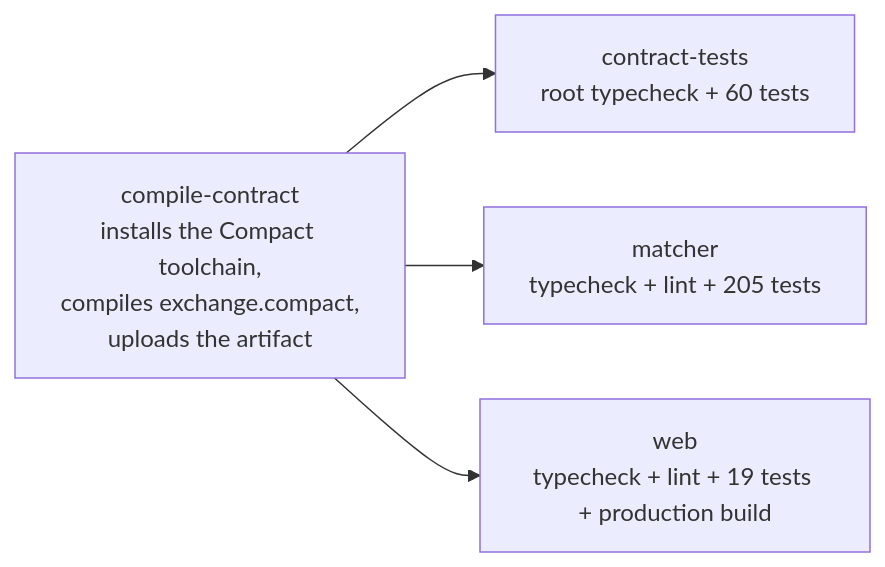
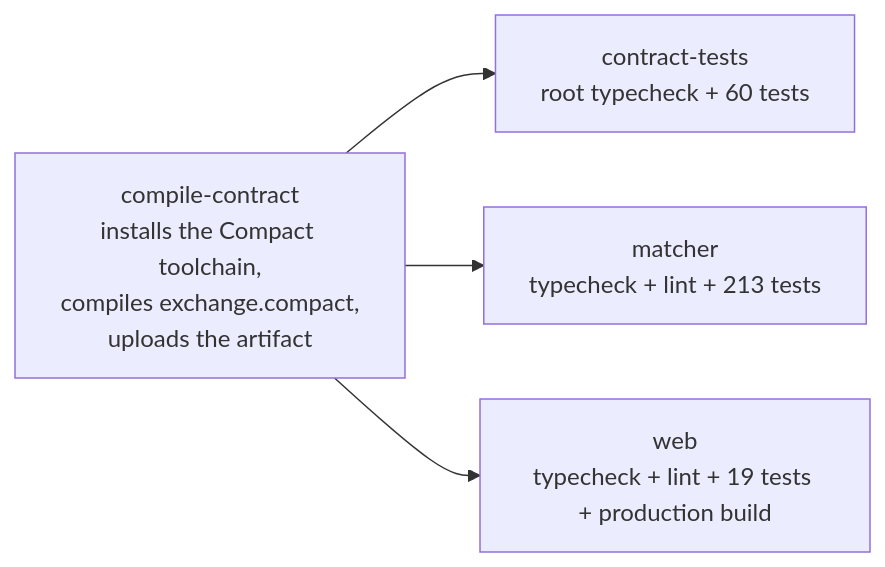
Before and after one commit to wolf1276/ZEKURA: the sixth of 6 diagrams in README.md, drawn with Mermaid. The commit also changed other lines of this file and 4 other files, not shown here.

````diff
--- a/README.md
+++ b/README.md
@@ -1062,10 +1079,10 @@
 ```mermaid
 flowchart LR
     A["compile-contract<br/>installs the Compact toolchain,<br/>compiles exchange.compact,<br/>uploads the artifact"]
     B["contract-tests<br/>root typecheck + 60 tests"]
-    C["matcher<br/>typecheck + lint + 205 tests"]
+    C["matcher<br/>typecheck + lint + 213 tests"]
     D["web<br/>typecheck + lint + 19 tests + production build"]
     A --> B
     A --> C
     A --> D
 ```
````
